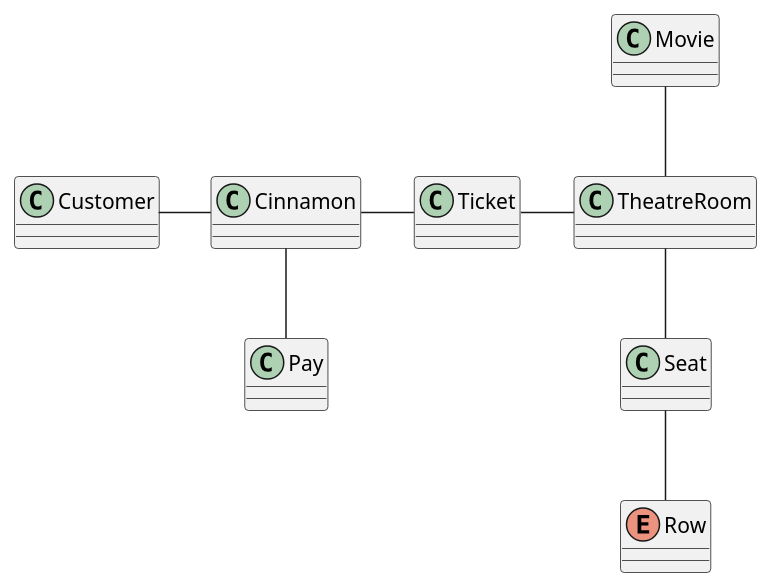
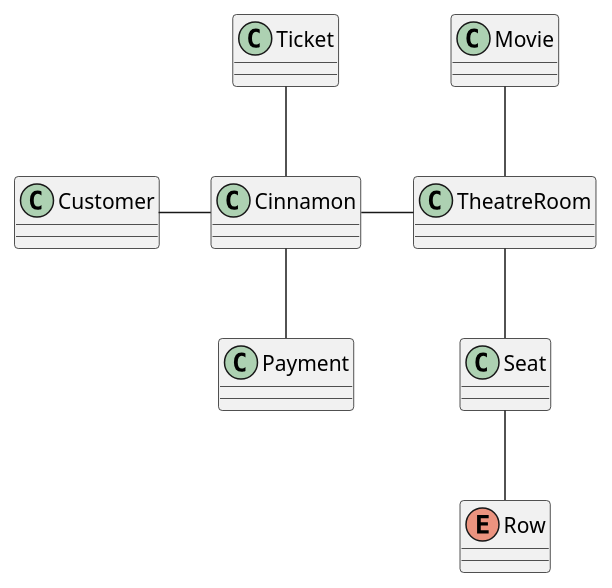
The diagram in src/UML/uml.puml (hvferreira/Java-Cinnamon-Cinemas), drawn with PlantUML before and after one commit. The commit also changed 8 other files, not shown here.

```diff
--- a/src/UML/uml.puml
+++ b/src/UML/uml.puml
@@ -1,34 +1,58 @@
 @startuml
 class Ticket{
+
+
+
+
+
+
+
+
+
 }
 
 class Seat{
+
+
+
+
+
+
+
+
 }
 
 class Customer{
 }
 
 class Movie{
 }
 
-class Pay{
+class Payment{
 }
 
 class Cinnamon{
 }
 
 class TheatreRoom{
 }
 
 enum Row{
+
+
+
+
+
+
+
 }
 
 Customer -right- Cinnamon
 TheatreRoom -- Seat
 Seat -- Row
-Cinnamon -down- Pay
-Cinnamon -right- Ticket
-Ticket -right- TheatreRoom
+Cinnamon -down- Payment
+Cinnamon -up- Ticket
+Cinnamon -right- TheatreRoom
 TheatreRoom -up- Movie
 
 @enduml
```
